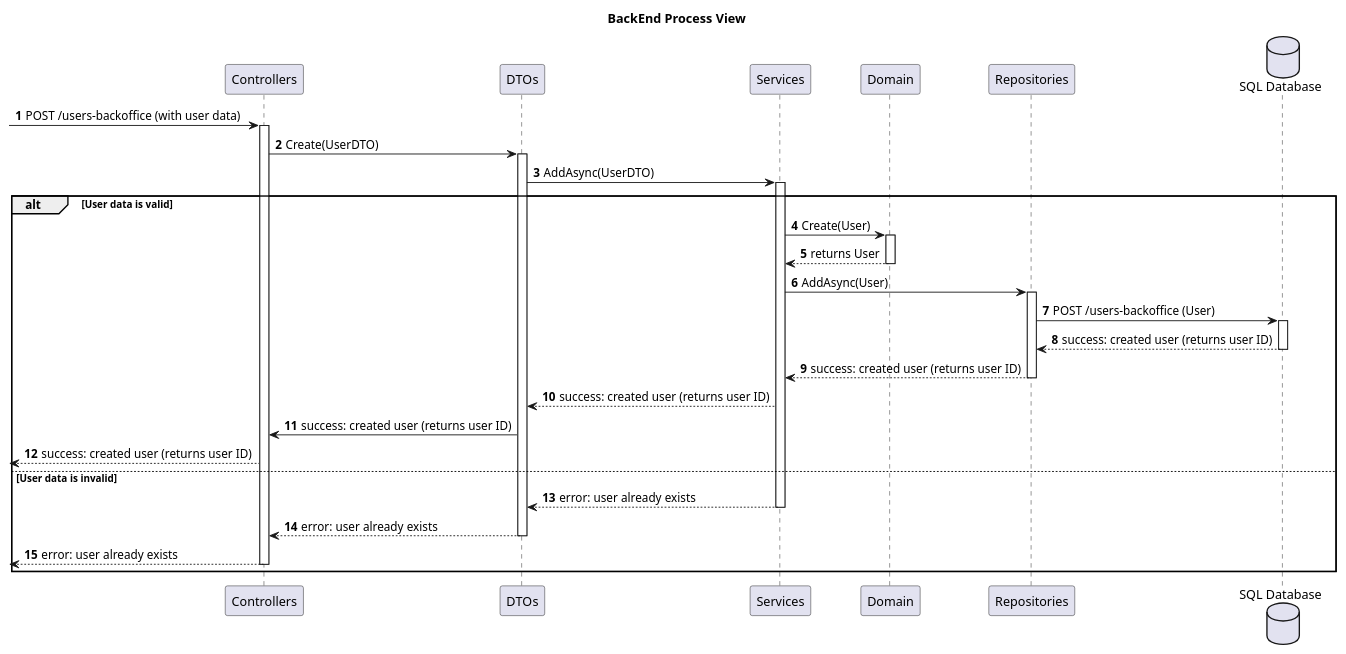
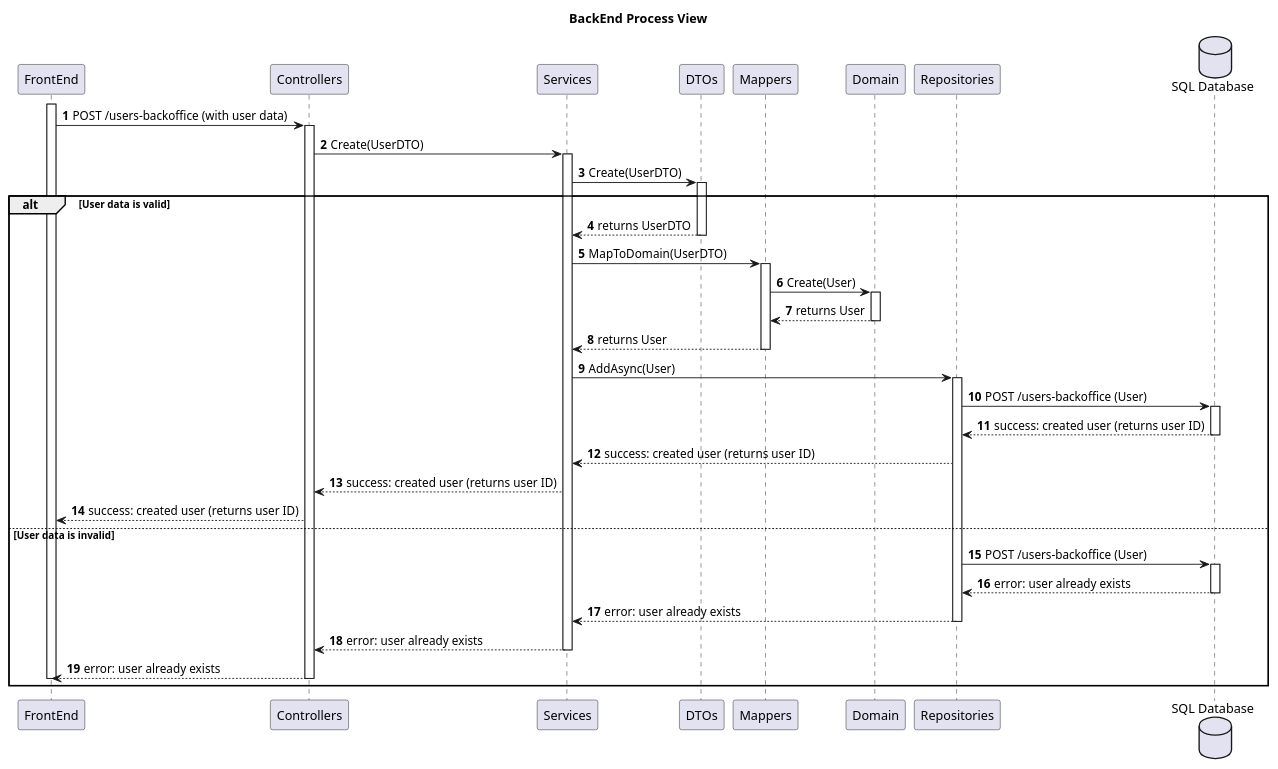
One commit to MiguelCardoso77/SurgicalSync-BackEnd changed the diagram in docs/SprintA/1-register-backoffice-users/level3/backend-process-view.puml. Above: the diagram before and after it, drawn with PlantUML. The commit also changed 6 other files, not shown here.

```diff
--- a/docs/SprintA/1-register-backoffice-users/level3/backend-process-view.puml
+++ b/docs/SprintA/1-register-backoffice-users/level3/backend-process-view.puml
@@ -1,61 +1,75 @@
 @startuml
 autonumber
 
 title BackEnd Process View
 
+participant "FrontEnd" as FE
 participant "Controllers" as CN
+participant "Services" as SV
 participant "DTOs" as DTO
-participant "Services" as SV
+participant "Mappers" as MP
 participant "Domain" as DM
 participant "Repositories" as REPO
 database "SQL Database" as SQL
 
-    -> CN: POST /users-backoffice (with user data)
+activate FE
+    FE -> CN: POST /users-backoffice (with user data)
     activate CN
     
-        CN -> DTO : Create(UserDTO)
-        activate DTO
+        CN -> SV : Create(UserDTO)
+        activate SV
         
-            DTO -> SV : AddAsync(UserDTO)
-            activate SV
+            SV -> DTO : Create(UserDTO)
+            activate DTO
             
 alt User data is valid
             
-                SV -> DM : Create(User)
+                DTO --> SV : returns UserDTO
+            deactivate DTO
+            
+            SV -> MP : MapToDomain(UserDTO)
+            activate MP
+            
+                MP -> DM : Create(User)
                 activate DM
+                     
+                    DM --> MP : returns User
+                deactivate DM
+            
+                MP --> SV : returns User
+            deactivate MP
                 
-                    DM --> SV : returns User
-                deactivate DM
+            SV -> REPO : AddAsync(User)
+            activate REPO
+            
+                REPO -> SQL : POST /users-backoffice (User)
+                activate SQL
                 
-                SV -> REPO : AddAsync(User)
-                activate REPO
+                    SQL --> REPO : success: created user (returns user ID)
+                deactivate SQL
                 
-                    REPO -> SQL : POST /users-backoffice (User)
-                    activate SQL
-                    
-                        SQL --> REPO : success: created user (returns user ID)
-                    deactivate SQL
-                    
-                    REPO --> SV : success: created user (returns user ID)
-                deactivate REPO
-                
-                SV --> DTO : success: created user (returns user ID)
+                REPO --> SV : success: created user (returns user ID)
             
-            DTO -> CN : success: created user (returns user ID)
 
-        <-- CN: success: created user (returns user ID) 
+            SV --> CN : success: created user (returns user ID) 
+        FE <-- CN: success: created user (returns user ID) 
 
 else User data is invalid
-            
-                SV --> DTO : error: user already exists
-            deactivate SV
-            
-            DTO --> CN : error: user already exists
-        deactivate DTO
-        
-        <-- CN: error: user already exists
-    deactivate CN                
-    
+
+                REPO -> SQL : POST /users-backoffice (User)
+                activate SQL
+                
+                    SQL --> REPO : error: user already exists
+                deactivate SQL
+                
+        REPO --> SV : error: user already exists
+            deactivate REPO
+            SV --> CN : error: user already exists
+        deactivate SV
+        FE <-- CN: error: user already exists
+    deactivate CN     
+               
+deactivate FE
 end
 
 @enduml
```
